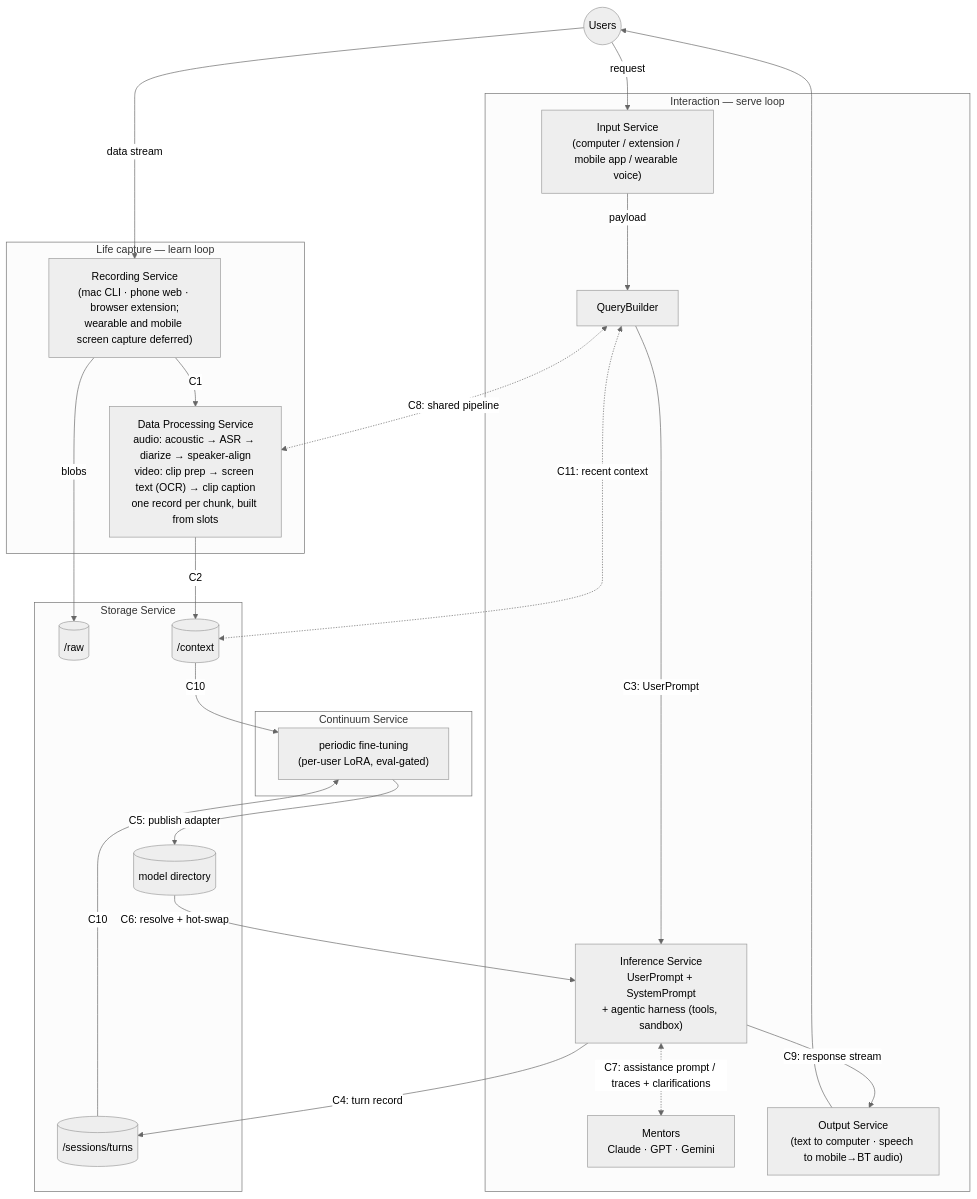
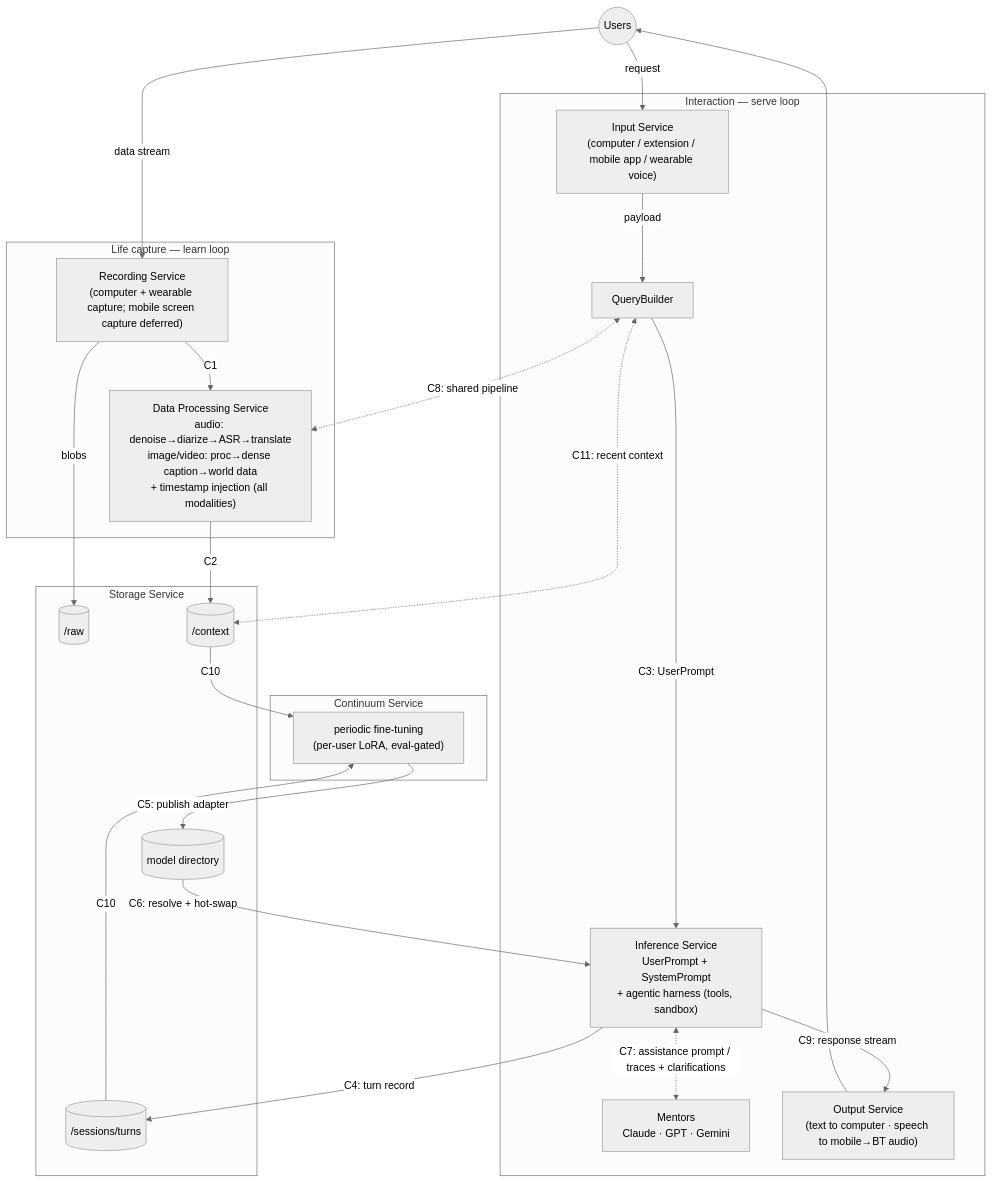
One commit to nmnWithNucleus/continual-learning changed the diagram in product/ARCHITECTURE.md. Above: the diagram before and after it, drawn with Mermaid (neutral theme). The commit also changed other lines of this file and 1 other file, not shown here.

First line of the commit message:
ARCHITECTURE: the diagram states the target system (founder ruling)

````diff
--- a/product/ARCHITECTURE.md
+++ b/product/ARCHITECTURE.md
@@ -52,41 +52,41 @@
 ```mermaid
 flowchart TD
   U((Users))
 
   subgraph capture [Life capture — learn loop]
-    RS["Recording Service<br/>(mac CLI · phone web · browser extension;<br/>wearable and mobile screen capture deferred)"]
-    DPS["Data Processing Service<br/>audio: acoustic → ASR → diarize → speaker-align<br/>video: clip prep → screen text (OCR) → clip caption<br/>one record per chunk, built from slots"]
+    RS["Recording Service<br/>(computer + wearable capture; mobile screen capture deferred)"]
+    DPS["Data Processing Service<br/>audio: denoise→diarize→ASR→translate<br/>image/video: proc→dense caption→world data<br/>+ timestamp injection (all modalities)"]
   end
 
   subgraph interact [Interaction — serve loop]
     IS["Input Service<br/>(computer / extension / mobile app / wearable voice)"]
     QB[QueryBuilder]
     INF["Inference Service<br/>UserPrompt + SystemPrompt<br/>+ agentic harness (tools, sandbox)"]
     MEN["Mentors<br/>Claude · GPT · Gemini"]
     OS["Output Service<br/>(text to computer · speech to mobile→BT audio)"]
   end
 
   subgraph data [Storage Service]
     RAW[("/raw")]
     CTX[("/context")]
     SES[("/sessions/turns")]
     MD[("model directory")]
   end
 
   subgraph learn [Continuum Service]
     FT["periodic fine-tuning<br/>(per-user LoRA, eval-gated)"]
   end
 
   U -- data stream --> RS -- C1 --> DPS -- C2 --> CTX
   RS -- blobs --> RAW
   U -- request --> IS -- payload --> QB -- C3: UserPrompt --> INF
   QB <-. C8: shared pipeline .-> DPS
   QB <-. C11: recent context .-> CTX
   INF -- C4: turn record --> SES
   INF <-. "C7: assistance prompt / traces + clarifications" .-> MEN
   INF -- C9: response stream --> OS --> U
   CTX -- C10 --> FT
   SES -- C10 --> FT
   FT -- C5: publish adapter --> MD
   MD -- C6: resolve + hot-swap --> INF
 ```
````
